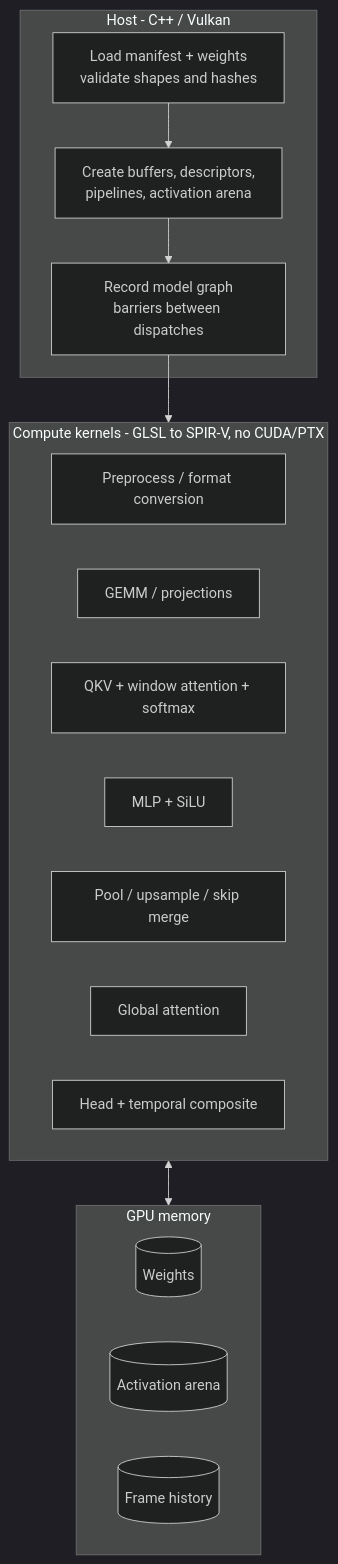
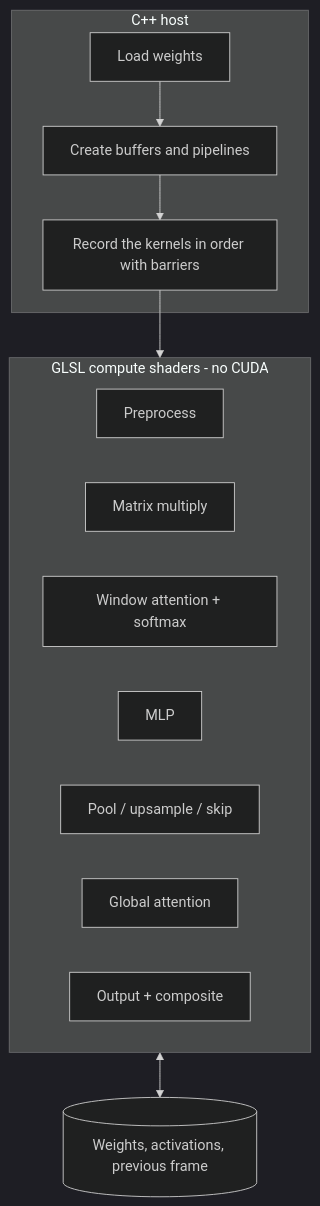
The second of 2 diagrams in docs/architecture.md (mahdyfalah/VulkanNR), drawn with Mermaid (dark theme) before and after one commit. The commit also changed other lines of this file and 2 other files, not shown here.

````diff
--- a/docs/architecture.md
+++ b/docs/architecture.md
@@ -40,28 +52,24 @@
 ```mermaid
 flowchart TD
-    subgraph HOST[Host - C++ / Vulkan]
-        L["Load manifest + weights<br/>validate shapes and hashes"]
-        R["Create buffers, descriptors,<br/>pipelines, activation arena"]
-        G["Record model graph<br/>barriers between dispatches"]
+    subgraph HOST[C++ host]
+        L["Load weights"]
+        R["Create buffers and pipelines"]
+        G["Record the kernels in order with barriers"]
         L --> R --> G
     end
 
-    subgraph GPU[Compute kernels - GLSL to SPIR-V, no CUDA/PTX]
-        K1[Preprocess / format conversion]
-        K2[GEMM / projections]
-        K3[QKV + window attention + softmax]
-        K4[MLP + SiLU]
-        K5[Pool / upsample / skip merge]
+    subgraph GPU[GLSL compute shaders - no CUDA]
+        K1[Preprocess]
+        K2[Matrix multiply]
+        K3[Window attention + softmax]
+        K4[MLP]
+        K5[Pool / upsample / skip]
         K6[Global attention]
-        K7[Head + temporal composite]
+        K7[Output + composite]
     end
 
-    subgraph MEM[GPU memory]
-        W[(Weights)]
-        A[(Activation arena)]
-        H[(Frame history)]
-    end
+    MEM[(Weights, activations, previous frame)]
 
     G --> GPU
     GPU <--> MEM
 ```
````
